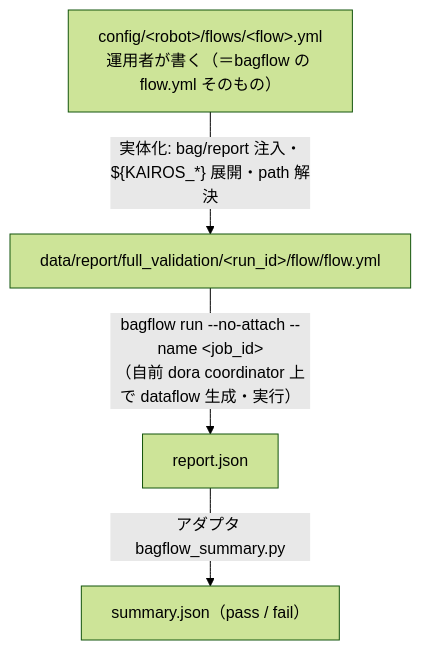
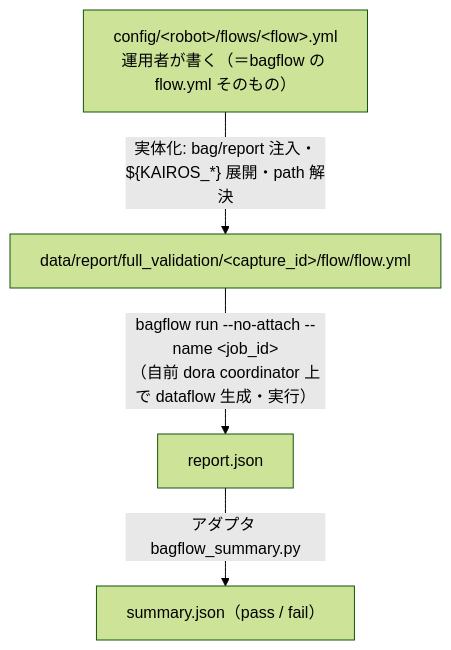
One commit to sige0002/kairos changed the first of 2 diagrams in docs/specs/ja/dora_runner.md. Above: the diagram before and after it, drawn with Mermaid (forest theme). The commit also changed other lines of this file and 24 other files, not shown here.

````diff
--- a/docs/specs/ja/dora_runner.md
+++ b/docs/specs/ja/dora_runner.md
@@ -132,10 +139,10 @@
 ```mermaid
 flowchart TB
   A["config/&lt;robot&gt;/flows/&lt;flow&gt;.yml<br/>運用者が書く（＝bagflow の flow.yml そのもの）"]
-  B["data/report/full_validation/&lt;run_id&gt;/flow/flow.yml"]
+  B["data/report/full_validation/&lt;capture_id&gt;/flow/flow.yml"]
   C["report.json"]
   D["summary.json（pass / fail）"]
   A -->|"実体化: bag/report 注入・${KAIROS_*} 展開・path 解決"| B
   B -->|"bagflow run --no-attach --name &lt;job_id&gt;<br/>（自前 dora coordinator 上で dataflow 生成・実行）"| C
   C -->|"アダプタ bagflow_summary.py"| D
 ```
````
